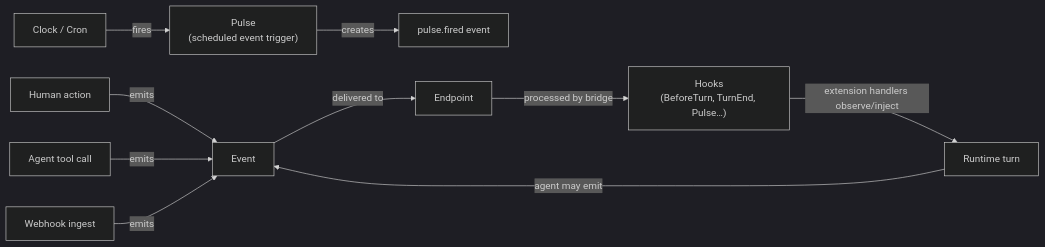
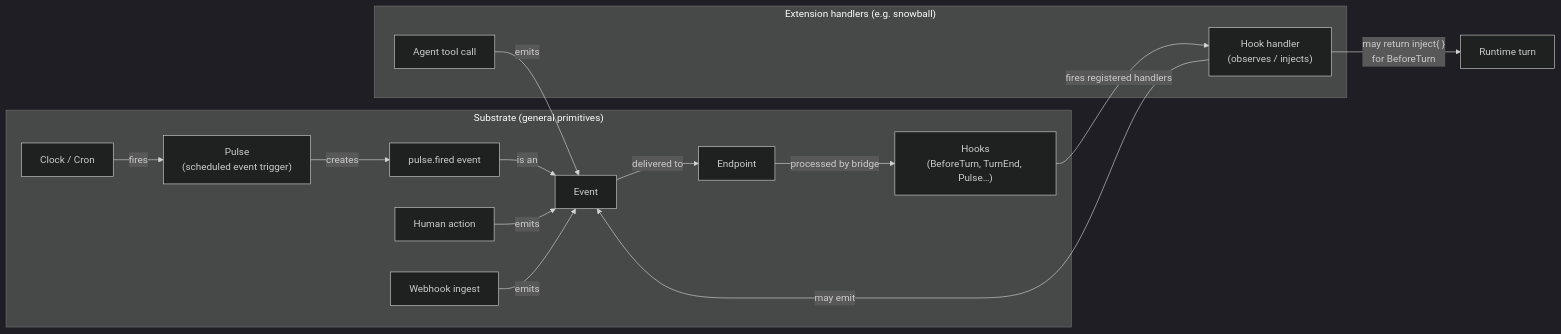
Before and after one commit to floe-ai/floe-subtrate: diagram 12 of 12 in docs/architecture/overview.md, drawn with Mermaid (dark theme). The commit also changed other lines of this file, not shown here.

````diff
--- a/docs/architecture/overview.md
+++ b/docs/architecture/overview.md
@@ -405,12 +526,21 @@
 ```mermaid
 graph LR
-    SCHED["Clock / Cron"] -->|"fires"| PL["Pulse\n(scheduled event trigger)"]
-    PL -->|"creates"| PFE["pulse.fired event"]
-    HUM["Human action"] -->|"emits"| EV["Event"]
-    AGT["Agent tool call"] -->|"emits"| EV
-    WH["Webhook ingest"] -->|"emits"| EV
-    EV -->|"delivered to"| EP["Endpoint"]
-    EP -->|"processed by bridge"| HOOKS["Hooks\n(BeforeTurn, TurnEnd, Pulse…)"]
-    HOOKS -->|"extension handlers observe/inject"| RT["Runtime turn"]
-    RT -->|"agent may emit"| EV
+    subgraph SUB["Substrate (general primitives)"]
+        SCHED["Clock / Cron"] -->|"fires"| PL["Pulse\n(scheduled event trigger)"]
+        PL -->|"creates"| PFE["pulse.fired event"]
+        PFE -->|"is an"| EV["Event"]
+        HUM["Human action"] -->|"emits"| EV
+        WH["Webhook ingest"] -->|"emits"| EV
+        EV -->|"delivered to"| EP["Endpoint"]
+        EP -->|"processed by bridge"| HOOKS["Hooks\n(BeforeTurn, TurnEnd, Pulse…)"]
+    end
+
+    subgraph EXT["Extension handlers (e.g. snowball)"]
+        HNDL["Hook handler\n(observes / injects)"]
+        AGT["Agent tool call"] -->|"emits"| EV
+        HNDL -->|"may emit"| EV
+    end
+
+    HOOKS -->|"fires registered handlers"| HNDL
+    HNDL -->|"may return inject{ }\nfor BeforeTurn"| RT["Runtime turn"]
 ```
````
